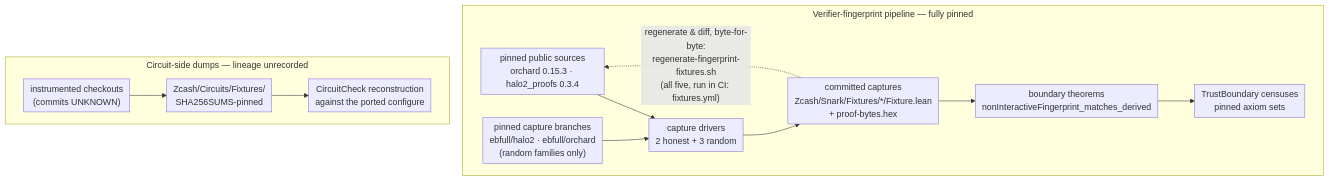
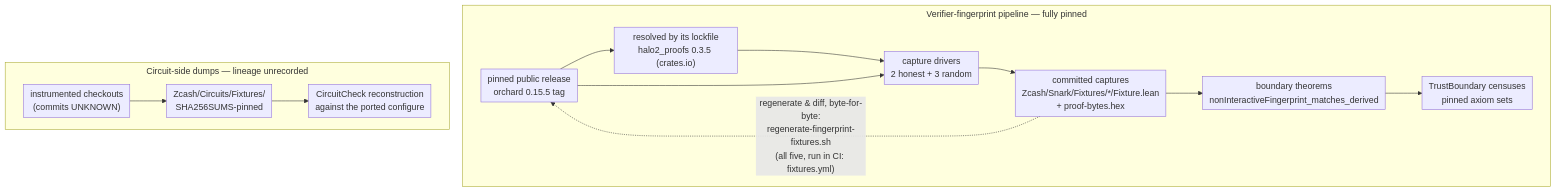
Before and after one commit to daira/ironwood: the diagram in book/src/formal-verification/trust-boundary.md, drawn with Mermaid. The commit also changed other lines of this file and 20 other files, not shown here.

````diff
--- a/book/src/formal-verification/trust-boundary.md
+++ b/book/src/formal-verification/trust-boundary.md
@@ -141,22 +146,22 @@
 ```mermaid
 %%{init: {"flowchart": {"nodeSpacing": 24, "rankSpacing": 42, "padding": 6, "diagramPadding": 4, "subGraphTitleMargin": {"top": 4, "bottom": 14}}, "themeCSS": ".cluster-label { font-weight: 700; font-family: raleway, sans-serif; }"}}%%
 flowchart TD
   subgraph FP["Verifier-fingerprint pipeline — fully pinned"]
-    PINS["pinned public sources<br/>orchard 0.15.3 · halo2_proofs 0.3.4"]
-    BRANCH["pinned capture branches<br/>ebfull/halo2 · ebfull/orchard<br/>(random families only)"]
+    PINS["pinned public release<br/>orchard 0.15.5 tag"]
+    CRATE["resolved by its lockfile<br/>halo2_proofs 0.3.5 (crates.io)"]
     DRIVERS["capture drivers<br/>2 honest + 3 random"]
     FIX["committed captures<br/>Zcash/Snark/Fixtures/*/Fixture.lean<br/>+ proof-bytes.hex"]
     THM["boundary theorems<br/>nonInteractiveFingerprint_matches_derived"]
     CENSUS["TrustBoundary censuses<br/>pinned axiom sets"]
+    PINS --> CRATE --> DRIVERS
     PINS --> DRIVERS
-    BRANCH --> DRIVERS
     DRIVERS --> FIX --> THM --> CENSUS
     FIX -. "regenerate &amp; diff, byte-for-byte:<br/>regenerate-fingerprint-fixtures.sh<br/>(all five, run in CI: fixtures.yml)" .-> PINS
   end
   subgraph CS["Circuit-side dumps — lineage unrecorded"]
     INST["instrumented checkouts<br/>(commits UNKNOWN)"]
     DUMPS["Zcash/Circuits/Fixtures/<br/>SHA256SUMS-pinned"]
     CHECK["CircuitCheck reconstruction<br/>against the ported configure"]
     INST --> DUMPS --> CHECK
   end
 ```
````
